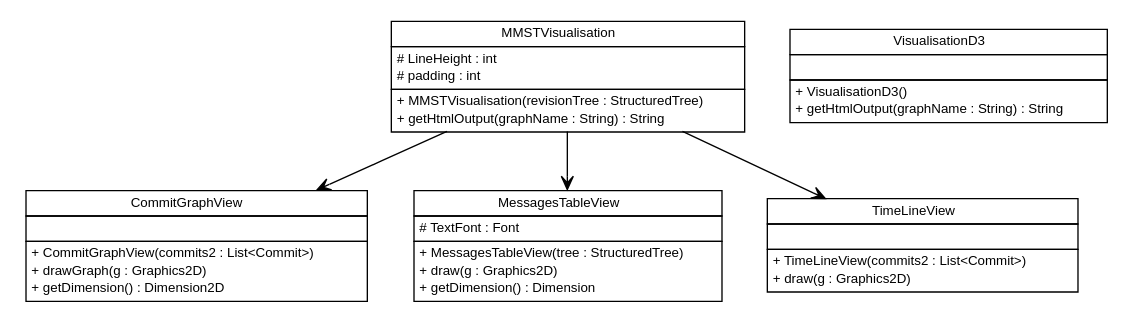
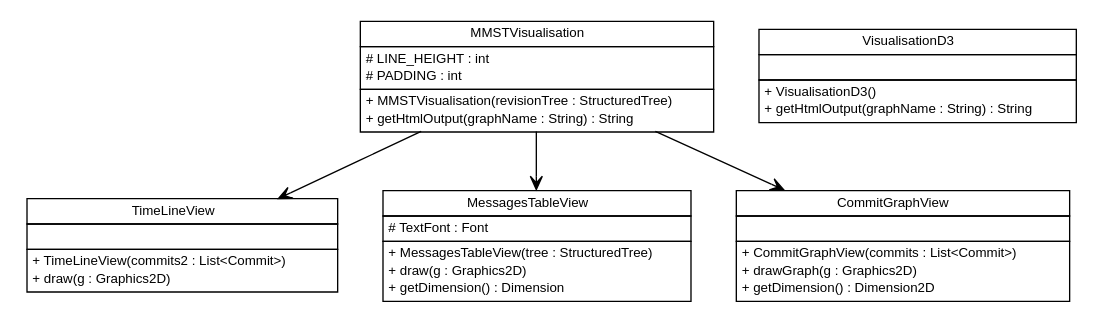
The diagram in site/apidocs/de/tud/plt/r43ples/visualisation/de.tud.plt.r43ples.visualisation.dot (markusgraube/r43ples), drawn with Graphviz before and after one commit. The commit also changed 289 other files, not shown here.

```diff
--- a/site/apidocs/de/tud/plt/r43ples/visualisation/de.tud.plt.r43ples.visualisation.dot
+++ b/site/apidocs/de/tud/plt/r43ples/visualisation/de.tud.plt.r43ples.visualisation.dot
@@ -1,86 +1,86 @@
 #!/usr/local/bin/dot
 #
 # Class diagram 
 # Generated by UMLGraph version R5_6-24-gf6e263 (http://www.umlgraph.org/)
 #
 
 digraph G {
 	edge [fontname="Helvetica",fontsize=10,labelfontname="Helvetica",labelfontsize=10];
 	node [fontname="Helvetica",fontsize=10,shape=plaintext];
 	nodesep=0.25;
 	ranksep=0.5;
-	// de.tud.plt.r43ples.visualisation.CommitGraphView
-	c43 [label=<<table title="de.tud.plt.r43ples.visualisation.CommitGraphView" border="0" cellborder="1" cellspacing="0" cellpadding="2" port="p" href="./CommitGraphView.html">
+	// de.tud.plt.r43ples.visualisation.TimeLineView
+	c0 [label=<<table title="de.tud.plt.r43ples.visualisation.TimeLineView" border="0" cellborder="1" cellspacing="0" cellpadding="2" port="p" href="./TimeLineView.html">
 		<tr><td><table border="0" cellspacing="0" cellpadding="1">
-<tr><td align="center" balign="center"> CommitGraphView </td></tr>
+<tr><td align="center" balign="center"> TimeLineView </td></tr>
 		</table></td></tr>
 		<tr><td><table border="0" cellspacing="0" cellpadding="1">
 <tr><td align="left" balign="left">  </td></tr>
 		</table></td></tr>
 		<tr><td><table border="0" cellspacing="0" cellpadding="1">
-<tr><td align="left" balign="left"> + CommitGraphView(commits2 : List&lt;Commit&gt;) </td></tr>
-<tr><td align="left" balign="left"> + drawGraph(g : Graphics2D) </td></tr>
-<tr><td align="left" balign="left"> + getDimension() : Dimension2D </td></tr>
+<tr><td align="left" balign="left"> + TimeLineView(commits2 : List&lt;Commit&gt;) </td></tr>
+<tr><td align="left" balign="left"> + draw(g : Graphics2D) </td></tr>
 		</table></td></tr>
-		</table>>, URL="./CommitGraphView.html", fontname="Helvetica", fontcolor="black", fontsize=10.0];
+		</table>>, URL="./TimeLineView.html", fontname="Helvetica", fontcolor="black", fontsize=10.0];
 	// de.tud.plt.r43ples.visualisation.MMSTVisualisation
-	c44 [label=<<table title="de.tud.plt.r43ples.visualisation.MMSTVisualisation" border="0" cellborder="1" cellspacing="0" cellpadding="2" port="p" href="./MMSTVisualisation.html">
+	c1 [label=<<table title="de.tud.plt.r43ples.visualisation.MMSTVisualisation" border="0" cellborder="1" cellspacing="0" cellpadding="2" port="p" href="./MMSTVisualisation.html">
 		<tr><td><table border="0" cellspacing="0" cellpadding="1">
 <tr><td align="center" balign="center"> MMSTVisualisation </td></tr>
 		</table></td></tr>
 		<tr><td><table border="0" cellspacing="0" cellpadding="1">
-<tr><td align="left" balign="left"> # LineHeight : int </td></tr>
-<tr><td align="left" balign="left"> # padding : int </td></tr>
+<tr><td align="left" balign="left"> # LINE_HEIGHT : int </td></tr>
+<tr><td align="left" balign="left"> # PADDING : int </td></tr>
 		</table></td></tr>
 		<tr><td><table border="0" cellspacing="0" cellpadding="1">
 <tr><td align="left" balign="left"> + MMSTVisualisation(revisionTree : StructuredTree) </td></tr>
 <tr><td align="left" balign="left"> + getHtmlOutput(graphName : String) : String </td></tr>
 		</table></td></tr>
 		</table>>, URL="./MMSTVisualisation.html", fontname="Helvetica", fontcolor="black", fontsize=10.0];
 	// de.tud.plt.r43ples.visualisation.MessagesTableView
-	c45 [label=<<table title="de.tud.plt.r43ples.visualisation.MessagesTableView" border="0" cellborder="1" cellspacing="0" cellpadding="2" port="p" href="./MessagesTableView.html">
+	c2 [label=<<table title="de.tud.plt.r43ples.visualisation.MessagesTableView" border="0" cellborder="1" cellspacing="0" cellpadding="2" port="p" href="./MessagesTableView.html">
 		<tr><td><table border="0" cellspacing="0" cellpadding="1">
 <tr><td align="center" balign="center"> MessagesTableView </td></tr>
 		</table></td></tr>
 		<tr><td><table border="0" cellspacing="0" cellpadding="1">
 <tr><td align="left" balign="left"> # TextFont : Font </td></tr>
 		</table></td></tr>
 		<tr><td><table border="0" cellspacing="0" cellpadding="1">
 <tr><td align="left" balign="left"> + MessagesTableView(tree : StructuredTree) </td></tr>
 <tr><td align="left" balign="left"> + draw(g : Graphics2D) </td></tr>
 <tr><td align="left" balign="left"> + getDimension() : Dimension </td></tr>
 		</table></td></tr>
 		</table>>, URL="./MessagesTableView.html", fontname="Helvetica", fontcolor="black", fontsize=10.0];
-	// de.tud.plt.r43ples.visualisation.TimeLineView
-	c46 [label=<<table title="de.tud.plt.r43ples.visualisation.TimeLineView" border="0" cellborder="1" cellspacing="0" cellpadding="2" port="p" href="./TimeLineView.html">
+	// de.tud.plt.r43ples.visualisation.CommitGraphView
+	c3 [label=<<table title="de.tud.plt.r43ples.visualisation.CommitGraphView" border="0" cellborder="1" cellspacing="0" cellpadding="2" port="p" href="./CommitGraphView.html">
 		<tr><td><table border="0" cellspacing="0" cellpadding="1">
-<tr><td align="center" balign="center"> TimeLineView </td></tr>
+<tr><td align="center" balign="center"> CommitGraphView </td></tr>
 		</table></td></tr>
 		<tr><td><table border="0" cellspacing="0" cellpadding="1">
 <tr><td align="left" balign="left">  </td></tr>
 		</table></td></tr>
 		<tr><td><table border="0" cellspacing="0" cellpadding="1">
-<tr><td align="left" balign="left"> + TimeLineView(commits2 : List&lt;Commit&gt;) </td></tr>
-<tr><td align="left" balign="left"> + draw(g : Graphics2D) </td></tr>
+<tr><td align="left" balign="left"> + CommitGraphView(commits : List&lt;Commit&gt;) </td></tr>
+<tr><td align="left" balign="left"> + drawGraph(g : Graphics2D) </td></tr>
+<tr><td align="left" balign="left"> + getDimension() : Dimension2D </td></tr>
 		</table></td></tr>
-		</table>>, URL="./TimeLineView.html", fontname="Helvetica", fontcolor="black", fontsize=10.0];
+		</table>>, URL="./CommitGraphView.html", fontname="Helvetica", fontcolor="black", fontsize=10.0];
 	// de.tud.plt.r43ples.visualisation.VisualisationD3
-	c47 [label=<<table title="de.tud.plt.r43ples.visualisation.VisualisationD3" border="0" cellborder="1" cellspacing="0" cellpadding="2" port="p" href="./VisualisationD3.html">
+	c4 [label=<<table title="de.tud.plt.r43ples.visualisation.VisualisationD3" border="0" cellborder="1" cellspacing="0" cellpadding="2" port="p" href="./VisualisationD3.html">
 		<tr><td><table border="0" cellspacing="0" cellpadding="1">
 <tr><td align="center" balign="center"> VisualisationD3 </td></tr>
 		</table></td></tr>
 		<tr><td><table border="0" cellspacing="0" cellpadding="1">
 <tr><td align="left" balign="left">  </td></tr>
 		</table></td></tr>
 		<tr><td><table border="0" cellspacing="0" cellpadding="1">
 <tr><td align="left" balign="left"> + VisualisationD3() </td></tr>
 <tr><td align="left" balign="left"> + getHtmlOutput(graphName : String) : String </td></tr>
 		</table></td></tr>
 		</table>>, URL="./VisualisationD3.html", fontname="Helvetica", fontcolor="black", fontsize=10.0];
 	// de.tud.plt.r43ples.visualisation.MMSTVisualisation NAVASSOC de.tud.plt.r43ples.visualisation.TimeLineView
-	c44:p -> c46:p [taillabel="", label="", headlabel="", fontname="Helvetica", fontcolor="black", fontsize=10.0, color="black", arrowhead=open];
+	c1:p -> c0:p [taillabel="", label="", headlabel="", fontname="Helvetica", fontcolor="black", fontsize=10.0, color="black", arrowhead=open];
 	// de.tud.plt.r43ples.visualisation.MMSTVisualisation NAVASSOC de.tud.plt.r43ples.visualisation.CommitGraphView
-	c44:p -> c43:p [taillabel="", label="", headlabel="", fontname="Helvetica", fontcolor="black", fontsize=10.0, color="black", arrowhead=open];
+	c1:p -> c3:p [taillabel="", label="", headlabel="", fontname="Helvetica", fontcolor="black", fontsize=10.0, color="black", arrowhead=open];
 	// de.tud.plt.r43ples.visualisation.MMSTVisualisation NAVASSOC de.tud.plt.r43ples.visualisation.MessagesTableView
-	c44:p -> c45:p [taillabel="", label="", headlabel="", fontname="Helvetica", fontcolor="black", fontsize=10.0, color="black", arrowhead=open];
+	c1:p -> c2:p [taillabel="", label="", headlabel="", fontname="Helvetica", fontcolor="black", fontsize=10.0, color="black", arrowhead=open];
 }
```
